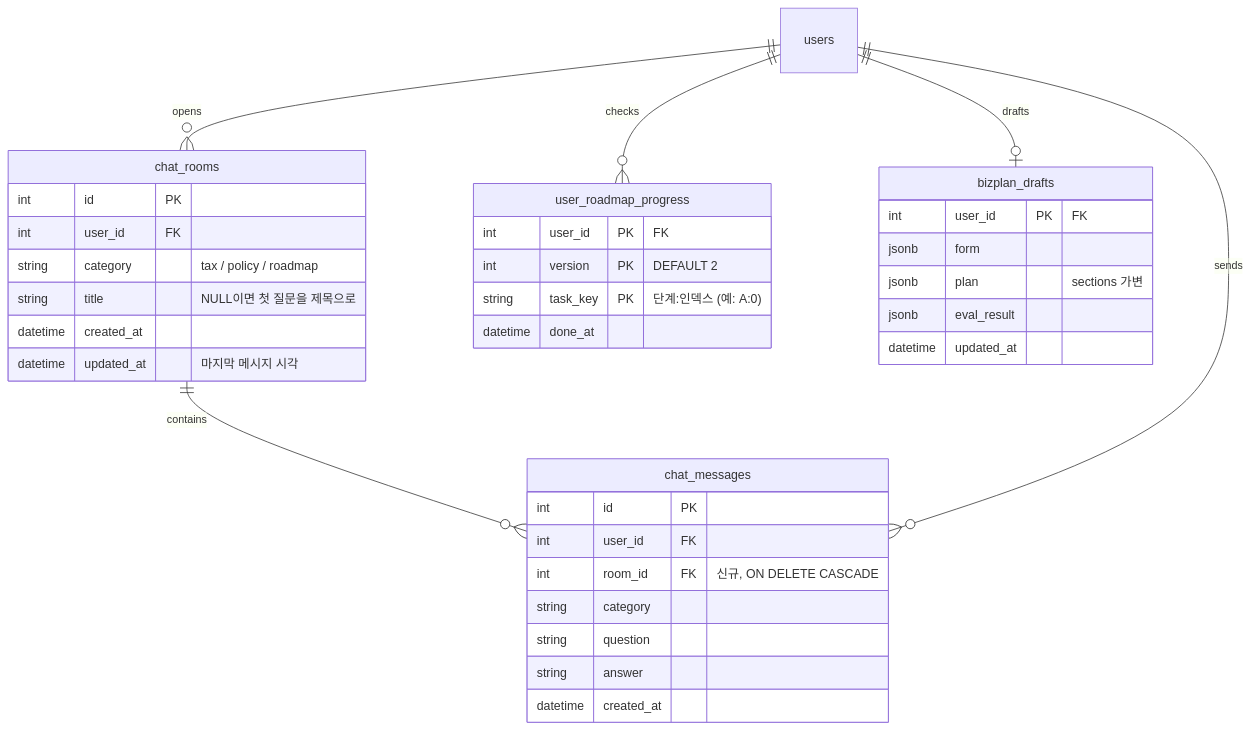
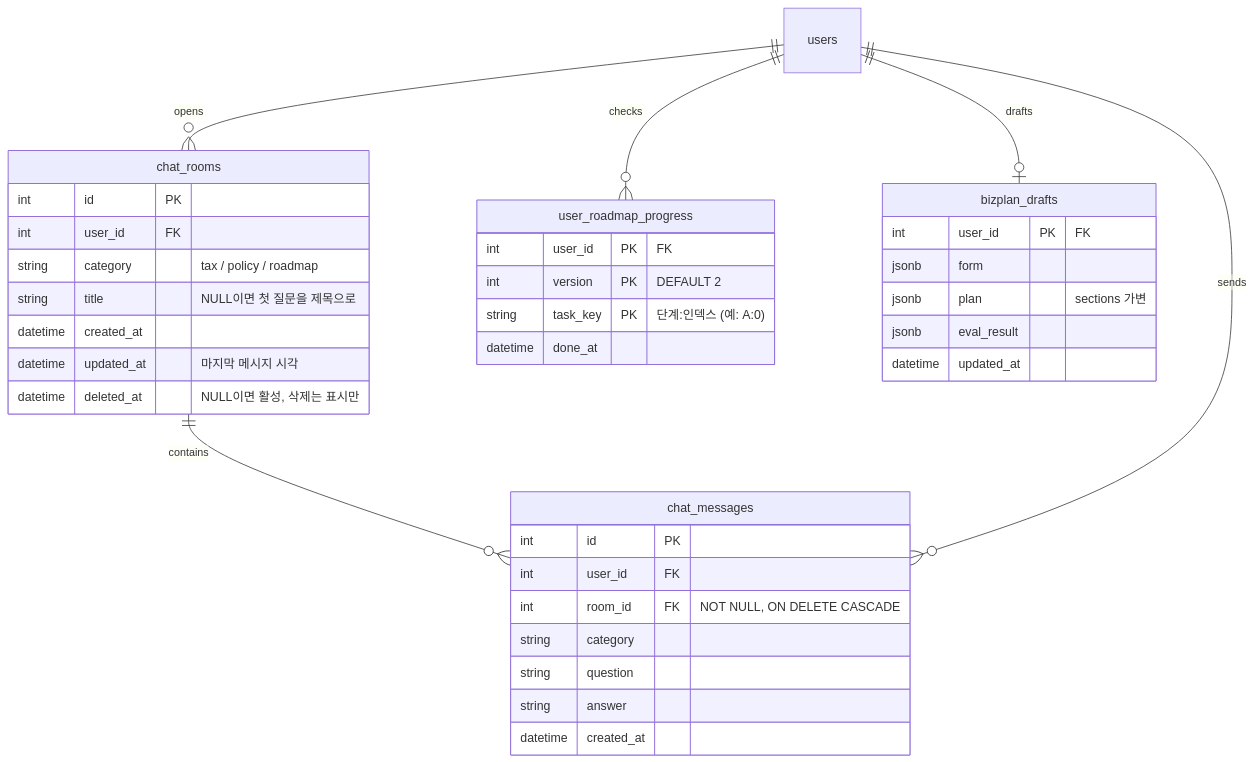
One commit to SKNETWORKS-FAMILY-AICAMP/SKN34-4th-3Team changed the second of 2 diagrams in Docs/Design/ERD.md. Above: the diagram before and after it, drawn with Mermaid. The commit also changed other lines of this file and 13 other files, not shown here.

````diff
--- a/Docs/Design/ERD.md
+++ b/Docs/Design/ERD.md
@@ -291,42 +291,43 @@
 ```mermaid
 erDiagram
     users ||--o{ chat_rooms : opens
     chat_rooms ||--o{ chat_messages : contains
     users ||--o{ chat_messages : sends
     users ||--o{ user_roadmap_progress : checks
     users ||--o| bizplan_drafts : drafts
 
     chat_rooms {
         int id PK
         int user_id FK
         string category "tax / policy / roadmap"
         string title "NULL이면 첫 질문을 제목으로"
         datetime created_at
         datetime updated_at "마지막 메시지 시각"
+        datetime deleted_at "NULL이면 활성, 삭제는 표시만"
     }
 
     chat_messages {
         int id PK
         int user_id FK
-        int room_id FK "신규, ON DELETE CASCADE"
+        int room_id FK "NOT NULL, ON DELETE CASCADE"
         string category
         string question
         string answer
         datetime created_at
     }
 
     user_roadmap_progress {
         int user_id PK "FK"
         int version PK "DEFAULT 2"
         string task_key PK "단계:인덱스 (예: A:0)"
         datetime done_at
     }
 
     bizplan_drafts {
         int user_id PK "FK"
         jsonb form
         jsonb plan "sections 가변"
         jsonb eval_result
         datetime updated_at
     }
 ```
````
